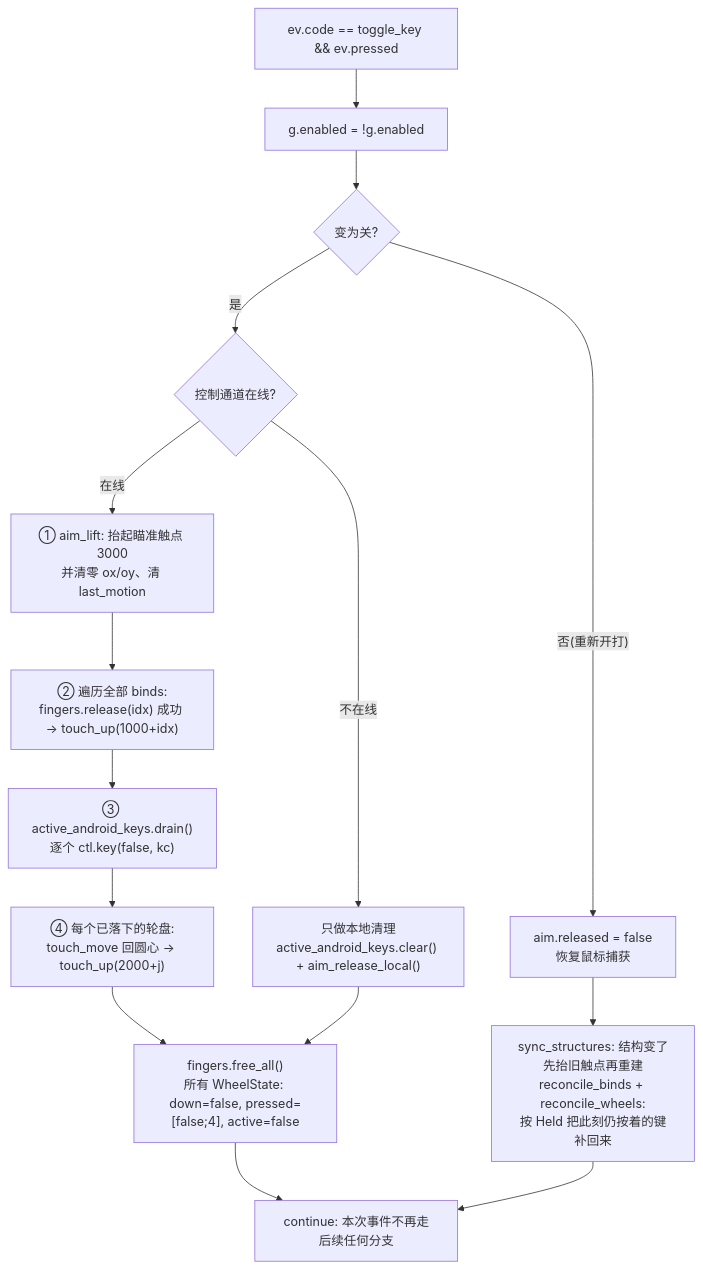
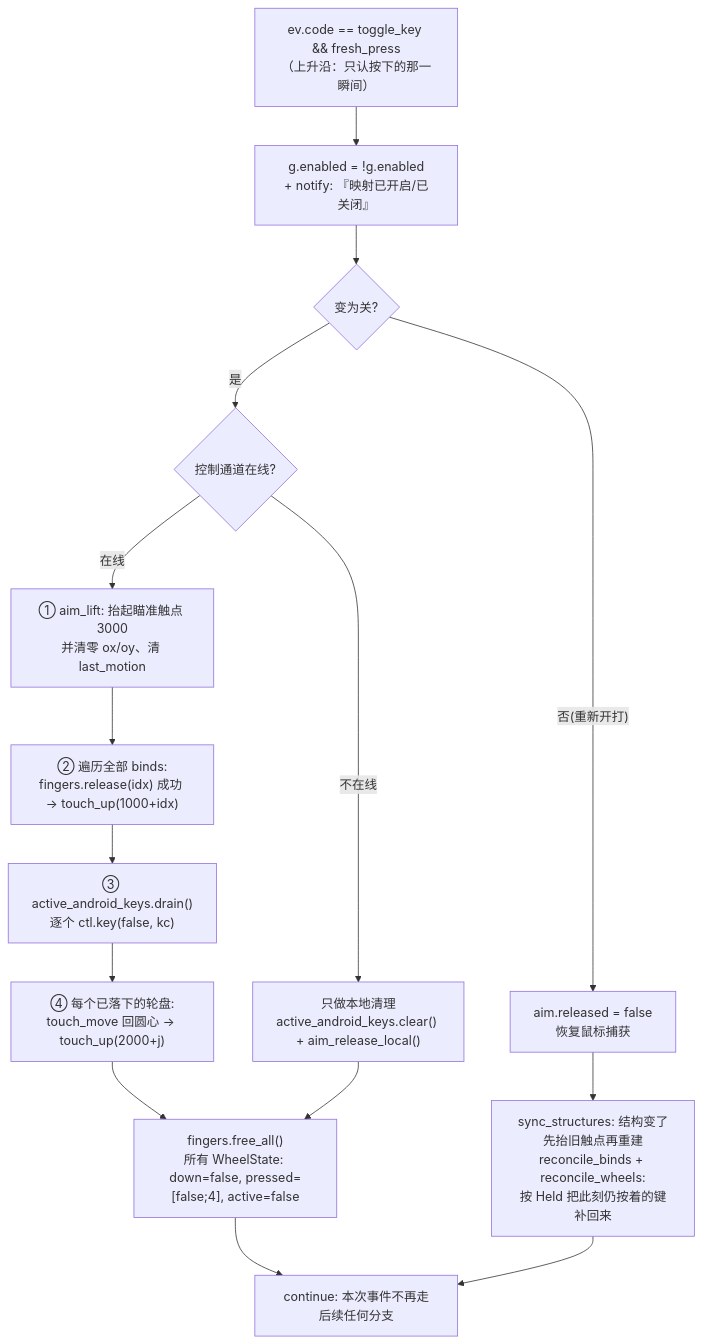
One commit to Azrl-lyh/scrcpy-pad changed the fourth of 10 diagrams in 文档/功能组分说明.md. Above: the diagram before and after it, drawn with Mermaid. The commit also changed other lines of this file and 10 other files, not shown here.

````diff
--- a/文档/功能组分说明.md
+++ b/文档/功能组分说明.md
@@ -457,17 +489,17 @@
 ```mermaid
 flowchart TD
-    T0["ev.code == toggle_key && ev.pressed"] --> T1["g.enabled = !g.enabled"]
+    T0["ev.code == toggle_key && fresh_press<br/>（上升沿：只认按下的那一瞬间）"] --> T1["g.enabled = !g.enabled<br/>+ notify: 『映射已开启/已关闭』"]
     T1 --> T2{"变为关?"}
     T2 -->|"是"| T3{"控制通道在线?"}
     T3 -->|"在线"| T4["① aim_lift: 抬起瞄准触点 3000<br/>并清零 ox/oy、清 last_motion"]
     T4 --> T5["② 遍历全部 binds:<br/>fingers.release(idx) 成功 → touch_up(1000+idx)"]
     T5 --> T6["③ active_android_keys.drain()<br/>逐个 ctl.key(false, kc)"]
     T6 --> T7["④ 每个已落下的轮盘:<br/>touch_move 回圆心 → touch_up(2000+j)"]
     T7 --> T9["fingers.free_all()<br/>所有 WheelState: down=false, pressed=[false;4], active=false"]
     T3 -->|"不在线"| T8["只做本地清理<br/>active_android_keys.clear() + aim_release_local()"]
     T8 --> T9
     T2 -->|"否(重新开打)"| T10["aim.released = false<br/>恢复鼠标捕获"]
     T10 --> T11["sync_structures: 结构变了先抬旧触点再重建<br/>reconcile_binds + reconcile_wheels:<br/>按 Held 把此刻仍按着的键补回来"]
     T9 --> TC["continue: 本次事件不再走后续任何分支"]
     T11 --> TC
 ```
````
